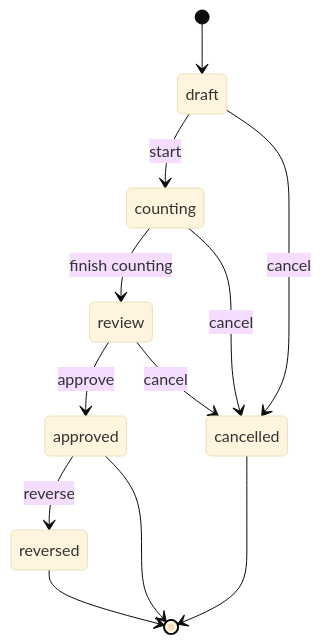
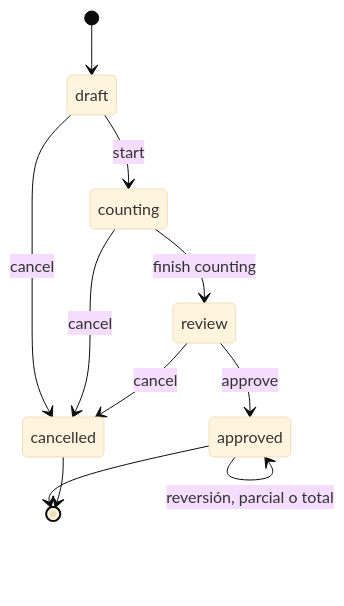
Before and after one commit to maruccimauro/Warehouse-Management-System: the sixth of 6 diagrams in docs/03-architecture/domain-model.md, drawn with Mermaid (base theme). The commit also changed other lines of this file and 4 other files, not shown here.

````diff
--- a/docs/03-architecture/domain-model.md
+++ b/docs/03-architecture/domain-model.md
@@ -262,14 +257,13 @@
 ```mermaid
 stateDiagram-v2
   [*] --> draft
   draft --> counting: start
   counting --> review: finish counting
   review --> approved: approve
   draft --> cancelled: cancel
   counting --> cancelled: cancel
   review --> cancelled: cancel
-  approved --> reversed: reverse
-  reversed --> [*]
+  approved --> approved: reversión, parcial o total
   approved --> [*]
   cancelled --> [*]
 ```
````
